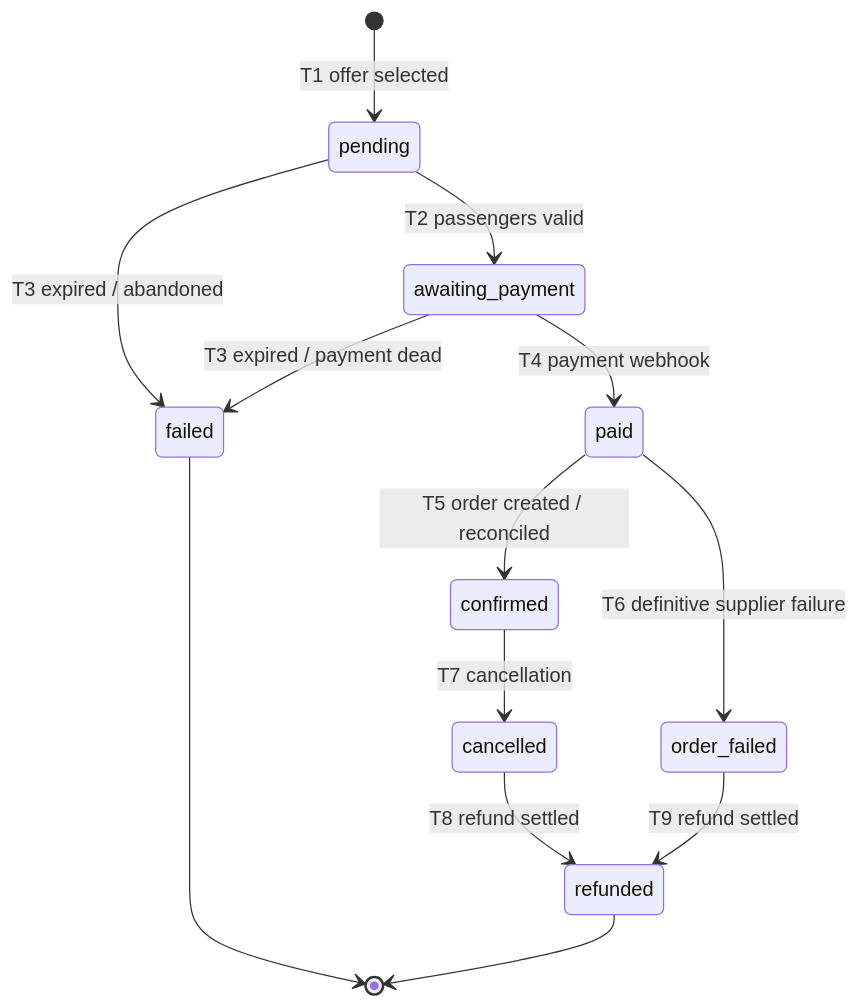
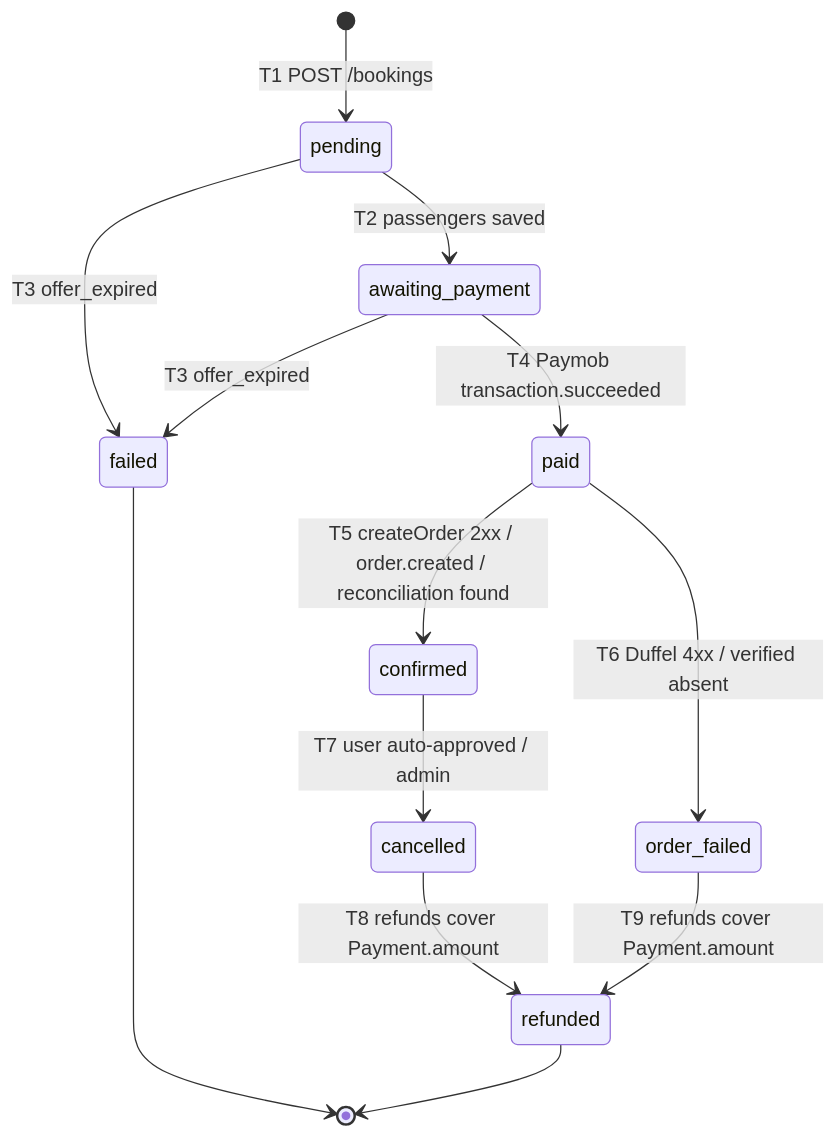
Before and after one commit to Kamel-27/travel-platform: the diagram in docs/booking_state_machine.md, drawn with Mermaid. The commit also changed other lines of this file and 7 other files, not shown here.

````diff
--- a/docs/booking_state_machine.md
+++ b/docs/booking_state_machine.md
@@ -51,15 +54,15 @@
 ```mermaid
 stateDiagram-v2
-    [*] --> pending : T1 offer selected
-    pending --> awaiting_payment : T2 passengers valid
-    pending --> failed : T3 expired / abandoned
-    awaiting_payment --> failed : T3 expired / payment dead
-    awaiting_payment --> paid : T4 payment webhook
-    paid --> confirmed : T5 order created / reconciled
-    paid --> order_failed : T6 definitive supplier failure
-    confirmed --> cancelled : T7 cancellation
-    cancelled --> refunded : T8 refund settled
-    order_failed --> refunded : T9 refund settled
+    [*] --> pending : T1 POST /bookings
+    pending --> awaiting_payment : T2 passengers saved
+    pending --> failed : T3 offer_expired
+    awaiting_payment --> failed : T3 offer_expired
+    awaiting_payment --> paid : T4 Paymob transaction.succeeded
+    paid --> confirmed : T5 createOrder 2xx / order.created / reconciliation found
+    paid --> order_failed : T6 Duffel 4xx / verified absent
+    confirmed --> cancelled : T7 user auto-approved / admin
+    cancelled --> refunded : T8 refunds cover Payment.amount
+    order_failed --> refunded : T9 refunds cover Payment.amount
     failed --> [*]
     refunded --> [*]
 ```
````
